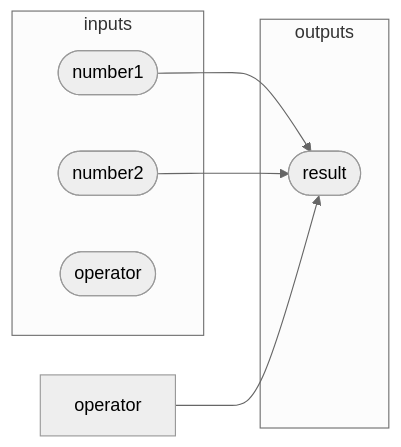
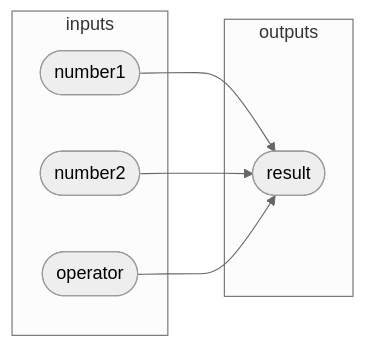
Before and after one commit to brandmaier/shiny_workshop_2024: the third of 5 diagrams in presentation.qmd, drawn with Mermaid (neutral theme). The commit also changed other lines of this file and 1 other file, not shown here.

````diff
--- a/presentation.qmd
+++ b/presentation.qmd
@@ -306,14 +308,14 @@
 ```{mermaid}
 flowchart LR
   subgraph outputs
   re([result])
   end
   subgraph inputs
   n1([number1]) 
   n2([number2]) 
   op([operator])
   end
   n1 --> re
   n2 --> re
-  operator --> re
+  op --> re
 ```
````
